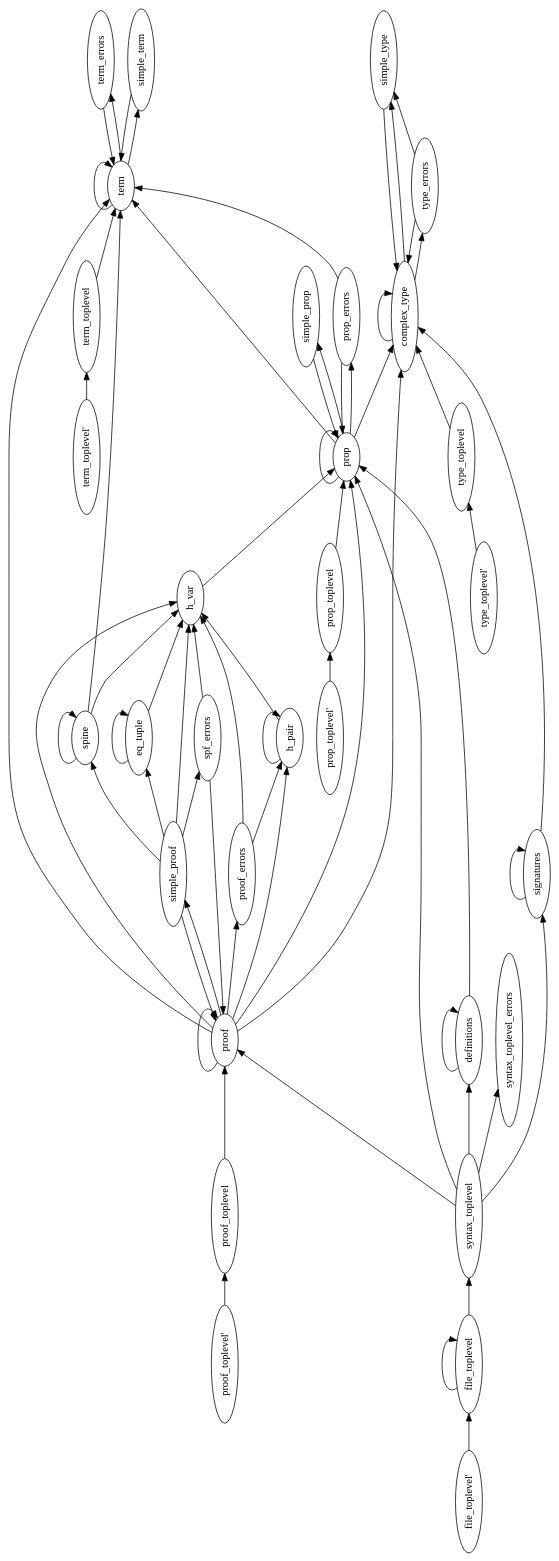
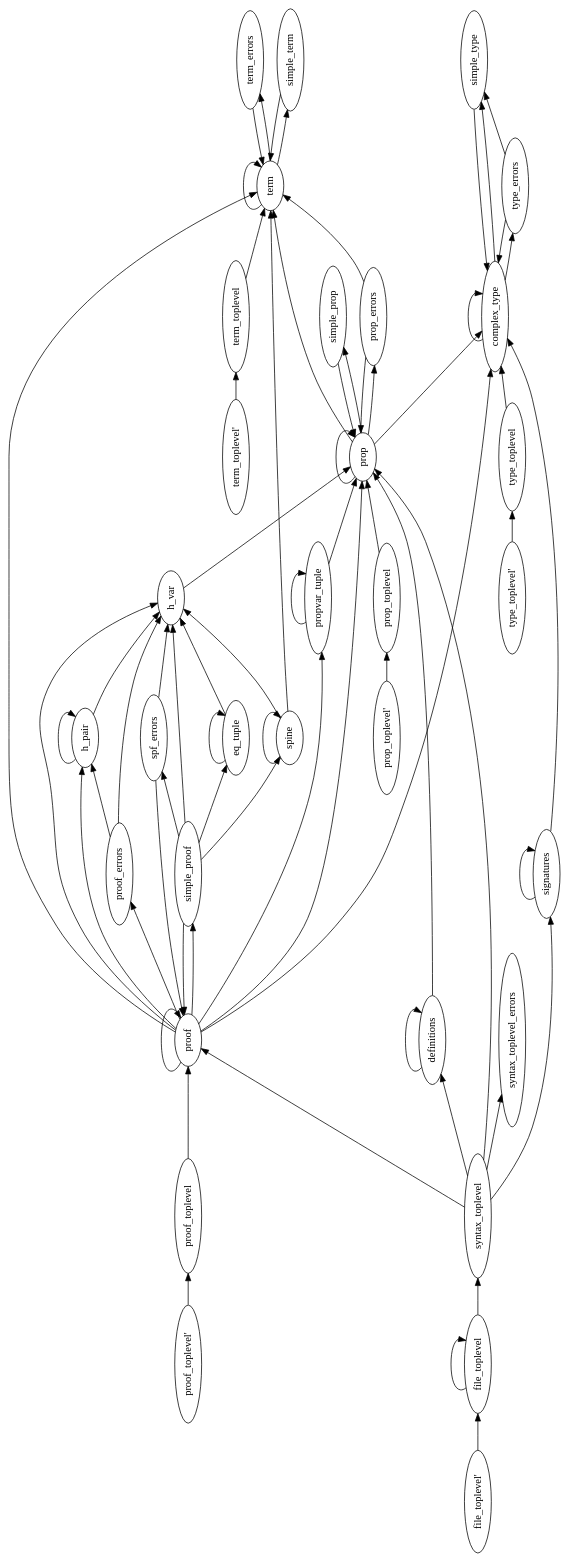
One commit to LaifsV1/YUP changed the diagram in src/parser/Parser.dot. Above: the diagram before and after it, drawn with Graphviz. The commit also changed 14 other files, not shown here.

First line of the commit message:
Added PropVar substitution

```diff
--- a/src/parser/Parser.dot
+++ b/src/parser/Parser.dot
@@ -1,101 +1,105 @@
 digraph G {
 orientation = landscape;
 rankdir = LR;
 ratio = compress;
 nt0 [ label="type_toplevel'" ] ;
 nt1 [ label="term_toplevel'" ] ;
 nt2 [ label="prop_toplevel'" ] ;
 nt3 [ label="proof_toplevel'" ] ;
 nt4 [ label="file_toplevel'" ] ;
 nt5 [ label="type_toplevel" ] ;
 nt6 [ label="type_errors" ] ;
 nt7 [ label="term_toplevel" ] ;
 nt8 [ label="term_errors" ] ;
 nt9 [ label="term" ] ;
 nt10 [ label="syntax_toplevel_errors" ] ;
 nt11 [ label="syntax_toplevel" ] ;
 nt12 [ label="spine" ] ;
 nt13 [ label="spf_errors" ] ;
 nt14 [ label="simple_type" ] ;
 nt15 [ label="simple_term" ] ;
 nt16 [ label="simple_prop" ] ;
 nt17 [ label="simple_proof" ] ;
 nt18 [ label="signatures" ] ;
-nt19 [ label="prop_toplevel" ] ;
-nt20 [ label="prop_errors" ] ;
-nt21 [ label="prop" ] ;
-nt22 [ label="proof_toplevel" ] ;
-nt23 [ label="proof_errors" ] ;
-nt24 [ label="proof" ] ;
-nt25 [ label="h_var" ] ;
-nt26 [ label="h_pair" ] ;
-nt27 [ label="file_toplevel" ] ;
-nt28 [ label="eq_tuple" ] ;
-nt29 [ label="definitions" ] ;
-nt30 [ label="complex_type" ] ;
+nt19 [ label="propvar_tuple" ] ;
+nt20 [ label="prop_toplevel" ] ;
+nt21 [ label="prop_errors" ] ;
+nt22 [ label="prop" ] ;
+nt23 [ label="proof_toplevel" ] ;
+nt24 [ label="proof_errors" ] ;
+nt25 [ label="proof" ] ;
+nt26 [ label="h_var" ] ;
+nt27 [ label="h_pair" ] ;
+nt28 [ label="file_toplevel" ] ;
+nt29 [ label="eq_tuple" ] ;
+nt30 [ label="definitions" ] ;
+nt31 [ label="complex_type" ] ;
 nt0 -> nt5 [ label="" ] ;
 nt1 -> nt7 [ label="" ] ;
-nt2 -> nt19 [ label="" ] ;
-nt3 -> nt22 [ label="" ] ;
-nt4 -> nt27 [ label="" ] ;
-nt5 -> nt30 [ label="" ] ;
+nt2 -> nt20 [ label="" ] ;
+nt3 -> nt23 [ label="" ] ;
+nt4 -> nt28 [ label="" ] ;
+nt5 -> nt31 [ label="" ] ;
 nt6 -> nt14 [ label="" ] ;
-nt6 -> nt30 [ label="" ] ;
+nt6 -> nt31 [ label="" ] ;
 nt7 -> nt9 [ label="" ] ;
 nt8 -> nt9 [ label="" ] ;
 nt9 -> nt8 [ label="" ] ;
 nt9 -> nt9 [ label="" ] ;
 nt9 -> nt15 [ label="" ] ;
 nt11 -> nt10 [ label="" ] ;
 nt11 -> nt18 [ label="" ] ;
-nt11 -> nt21 [ label="" ] ;
-nt11 -> nt24 [ label="" ] ;
-nt11 -> nt29 [ label="" ] ;
+nt11 -> nt22 [ label="" ] ;
+nt11 -> nt25 [ label="" ] ;
+nt11 -> nt30 [ label="" ] ;
 nt12 -> nt9 [ label="" ] ;
 nt12 -> nt12 [ label="" ] ;
-nt12 -> nt25 [ label="" ] ;
-nt13 -> nt24 [ label="" ] ;
+nt12 -> nt26 [ label="" ] ;
 nt13 -> nt25 [ label="" ] ;
-nt14 -> nt30 [ label="" ] ;
+nt13 -> nt26 [ label="" ] ;
+nt14 -> nt31 [ label="" ] ;
 nt15 -> nt9 [ label="" ] ;
-nt16 -> nt21 [ label="" ] ;
+nt16 -> nt22 [ label="" ] ;
 nt17 -> nt12 [ label="" ] ;
 nt17 -> nt13 [ label="" ] ;
-nt17 -> nt24 [ label="" ] ;
 nt17 -> nt25 [ label="" ] ;
-nt17 -> nt28 [ label="" ] ;
+nt17 -> nt26 [ label="" ] ;
+nt17 -> nt29 [ label="" ] ;
 nt18 -> nt18 [ label="" ] ;
-nt18 -> nt30 [ label="" ] ;
-nt19 -> nt21 [ label="" ] ;
-nt20 -> nt9 [ label="" ] ;
-nt20 -> nt21 [ label="" ] ;
+nt18 -> nt31 [ label="" ] ;
+nt19 -> nt19 [ label="" ] ;
+nt19 -> nt22 [ label="" ] ;
+nt20 -> nt22 [ label="" ] ;
 nt21 -> nt9 [ label="" ] ;
-nt21 -> nt16 [ label="" ] ;
-nt21 -> nt20 [ label="" ] ;
-nt21 -> nt21 [ label="" ] ;
-nt21 -> nt30 [ label="" ] ;
-nt22 -> nt24 [ label="" ] ;
+nt21 -> nt22 [ label="" ] ;
+nt22 -> nt9 [ label="" ] ;
+nt22 -> nt16 [ label="" ] ;
+nt22 -> nt21 [ label="" ] ;
+nt22 -> nt22 [ label="" ] ;
+nt22 -> nt31 [ label="" ] ;
 nt23 -> nt25 [ label="" ] ;
-nt23 -> nt26 [ label="" ] ;
-nt24 -> nt9 [ label="" ] ;
-nt24 -> nt17 [ label="" ] ;
-nt24 -> nt21 [ label="" ] ;
-nt24 -> nt23 [ label="" ] ;
-nt24 -> nt24 [ label="" ] ;
-nt24 -> nt25 [ label="" ] ;
 nt24 -> nt26 [ label="" ] ;
-nt24 -> nt30 [ label="" ] ;
-nt25 -> nt21 [ label="" ] ;
-nt26 -> nt25 [ label="" ] ;
-nt26 -> nt26 [ label="" ] ;
-nt27 -> nt11 [ label="" ] ;
+nt24 -> nt27 [ label="" ] ;
+nt25 -> nt9 [ label="" ] ;
+nt25 -> nt17 [ label="" ] ;
+nt25 -> nt19 [ label="" ] ;
+nt25 -> nt22 [ label="" ] ;
+nt25 -> nt24 [ label="" ] ;
+nt25 -> nt25 [ label="" ] ;
+nt25 -> nt26 [ label="" ] ;
+nt25 -> nt27 [ label="" ] ;
+nt25 -> nt31 [ label="" ] ;
+nt26 -> nt22 [ label="" ] ;
+nt27 -> nt26 [ label="" ] ;
 nt27 -> nt27 [ label="" ] ;
-nt28 -> nt25 [ label="" ] ;
+nt28 -> nt11 [ label="" ] ;
 nt28 -> nt28 [ label="" ] ;
-nt29 -> nt21 [ label="" ] ;
+nt29 -> nt26 [ label="" ] ;
 nt29 -> nt29 [ label="" ] ;
-nt30 -> nt6 [ label="" ] ;
-nt30 -> nt14 [ label="" ] ;
+nt30 -> nt22 [ label="" ] ;
 nt30 -> nt30 [ label="" ] ;
+nt31 -> nt6 [ label="" ] ;
+nt31 -> nt14 [ label="" ] ;
+nt31 -> nt31 [ label="" ] ;
 
 }
```
